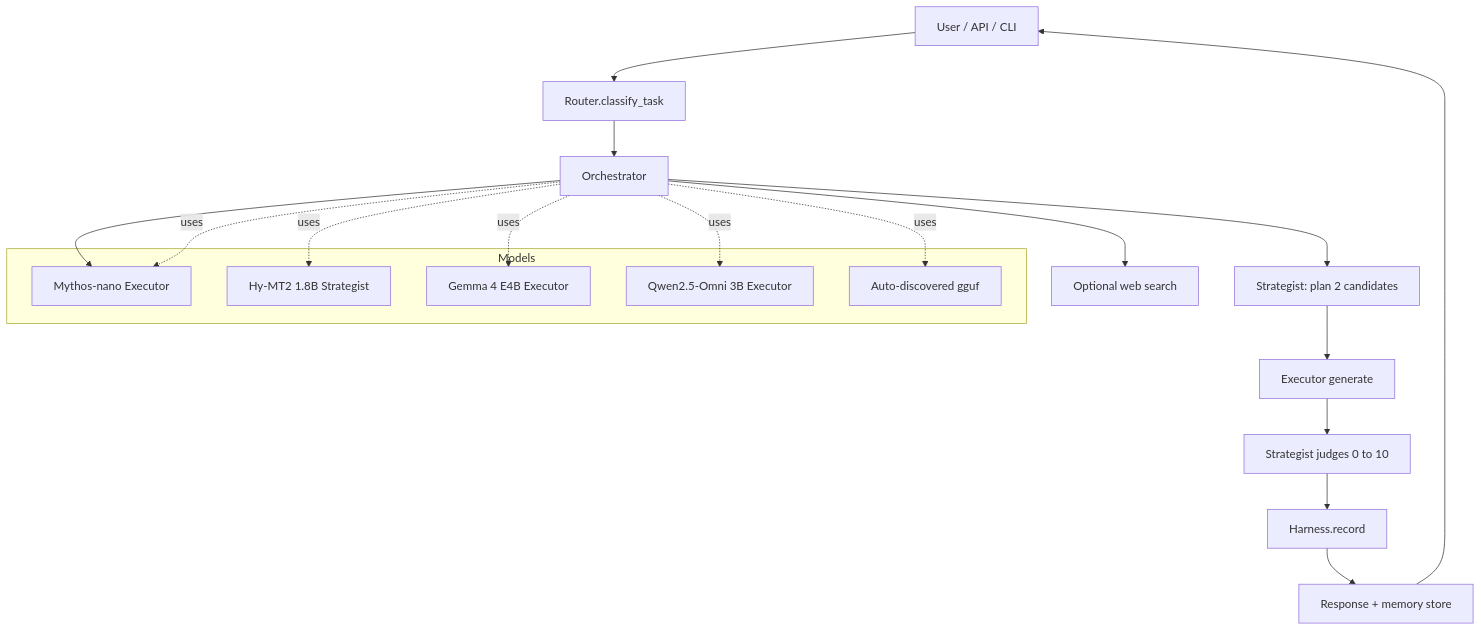
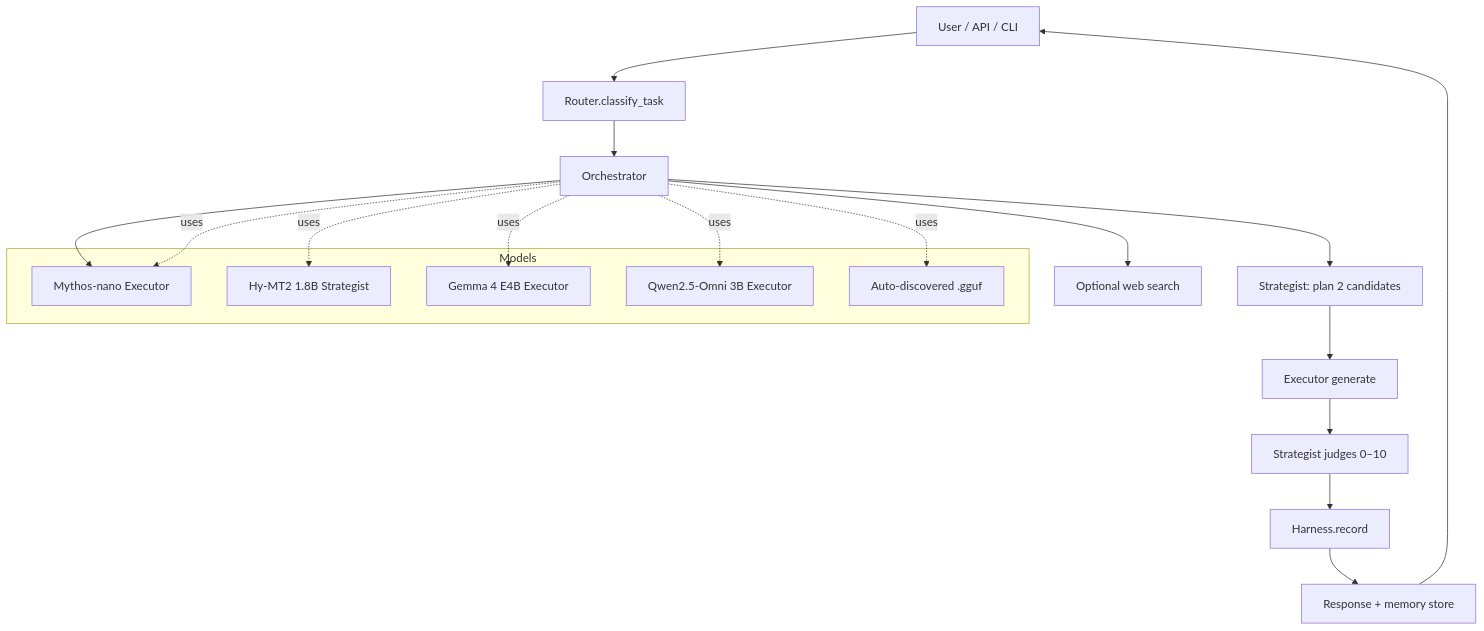
Before and after one commit to rbkhan007/Sovereign-Agentic-AI: the first of 3 diagrams in README.md, drawn with Mermaid. The commit also changed other lines of this file, not shown here.

````diff
--- a/README.md
+++ b/README.md
@@ -113,26 +109,26 @@
 ```mermaid
 flowchart TD
     U[User / API / CLI] --> R[Router.classify_task]
     R --> O[Orchestrator]
     O --> P[Strategist: plan 2 candidates]
-    O --> M[(pgvector memory + knowledge graph)]
+    O --> M[(pgvector memory + graph)]
     O --> W[Optional web search]
     P --> E[Executor generate]
-    E --> J[Strategist judges 0 to 10]
+    E --> J[Strategist judges 0–10]
     J --> H[Harness.record]
     H --> RES[Response + memory store]
     RES --> U
 
     subgraph Models
       S[Hy-MT2 1.8B Strategist]
       X[Gemma 4 E4B Executor]
       Q[Qwen2.5-Omni 3B Executor]
       M[Mythos-nano Executor]
-      G[Auto-discovered gguf]
+      G[Auto-discovered .gguf]
     end
     O -.uses.-> S
     O -.uses.-> X
     O -.uses.-> Q
     O -.uses.-> M
     O -.uses.-> G
 ```
````
